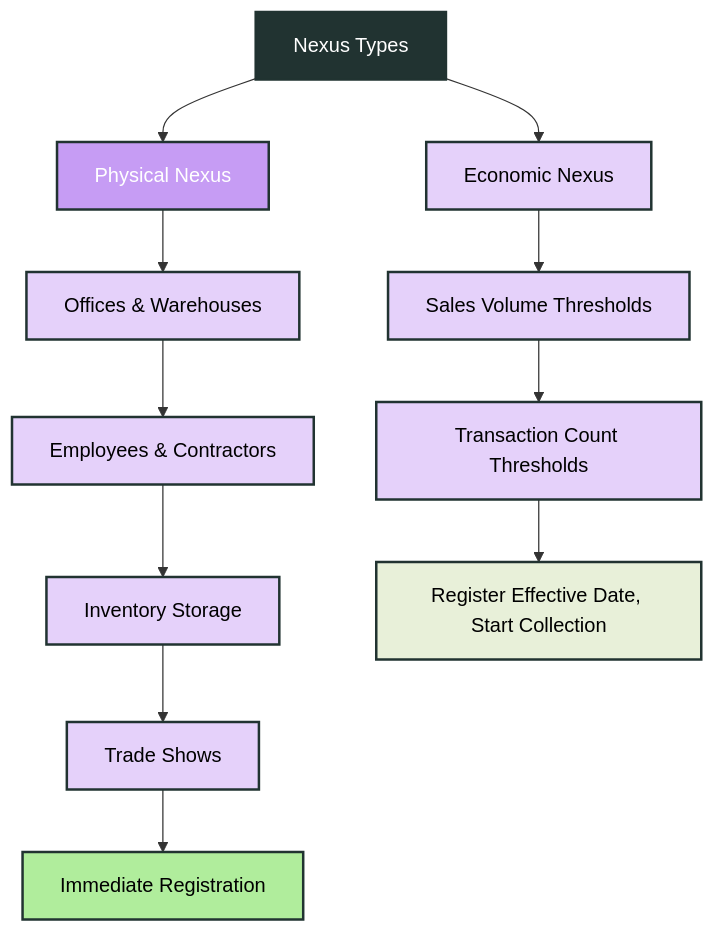
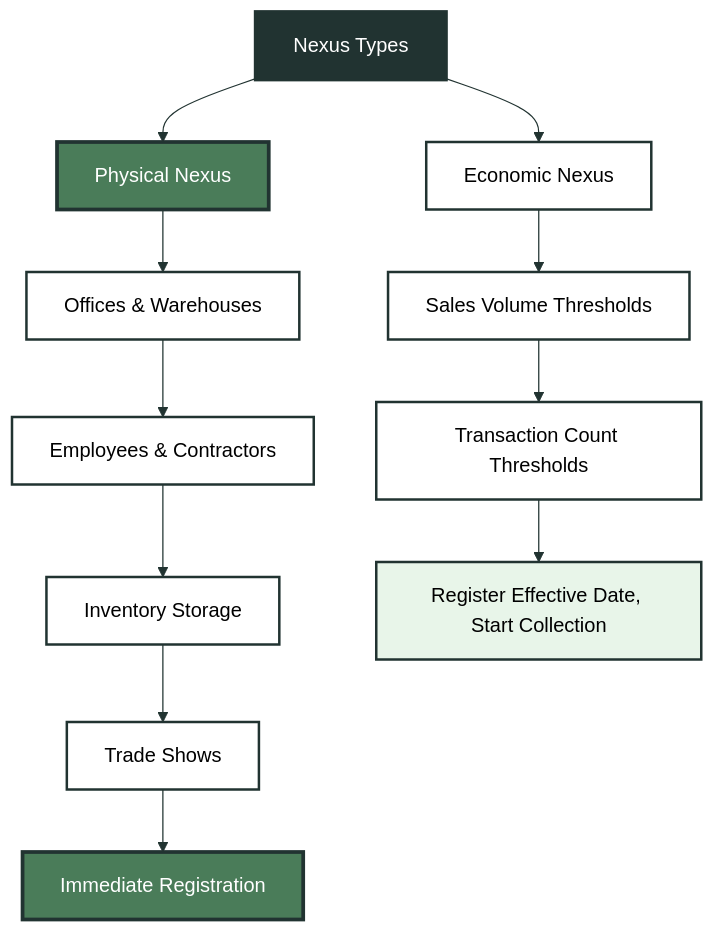
The second of 3 diagrams in docs/guides/sales-tax-for-developers.mdx (kintsugi-tax/docs-v2), drawn with Mermaid before and after one commit. The commit also changed other lines of this file and 6 other files, not shown here.

Commit message:
fix mermaid diagram appearance in dark mode

````diff
--- a/docs/guides/sales-tax-for-developers.mdx
+++ b/docs/guides/sales-tax-for-developers.mdx
@@ -106,26 +107,27 @@
 ```mermaid
+%%{init: {'theme':'base', 'themeVariables': {'primaryColor':'#FFFFFF','primaryTextColor':'#213331','primaryBorderColor':'#213331','lineColor':'#213331','secondaryColor':'#FFFFFF','tertiaryColor':'#213331','edgeLabelBackground':'transparent','edgeStrokeWidth':'2px','edgeStroke':'#213331','arrowheadColor':'#213331','clusterBkg':'transparent','clusterBorder':'#213331','defaultLinkColor':'#213331'}}}%%
 flowchart TD
     A[Nexus Types] --> B[Physical Nexus]
     B --> C[Offices & Warehouses]
     C --> D[Employees & Contractors]
     D --> E[Inventory Storage]
     E --> F[Trade Shows]
     F --> G[Immediate Registration]
     
     A --> H[Economic Nexus]
     H --> I[Sales Volume Thresholds]
     I --> J[Transaction Count Thresholds]
     J --> K[Register Effective Date, Start Collection]
     
-    style A fill:#213331,stroke:#213331,stroke-width:2px,color:#FFFFFF
-    style B fill:#C69CF4,stroke:#213331,stroke-width:2px,color:#FFFFFF
-    style C fill:#E5D1FA,stroke:#213331,stroke-width:2px,color:#000000
-    style D fill:#E5D1FA,stroke:#213331,stroke-width:2px,color:#000000
-    style E fill:#E5D1FA,stroke:#213331,stroke-width:2px,color:#000000
-    style F fill:#E5D1FA,stroke:#213331,stroke-width:2px,color:#000000
-    style G fill:#B0ED9C,stroke:#213331,stroke-width:2px,color:#000000
-    style H fill:#E5D1FA,stroke:#213331,stroke-width:2px,color:#000000
-    style I fill:#E5D1FA,stroke:#213331,stroke-width:2px,color:#000000
-    style J fill:#E5D1FA,stroke:#213331,stroke-width:2px,color:#000000
-    style K fill:#E8F0D9,stroke:#213331,stroke-width:2px,color:#000000
+    style A fill:#213331,stroke:#213331,stroke-width:3px,color:#FFFFFF
+    style B fill:#4a7c59,stroke:#213331,stroke-width:3px,color:#FFFFFF
+    style C fill:#FFFFFF,stroke:#213331,stroke-width:2px,color:#000000
+    style D fill:#FFFFFF,stroke:#213331,stroke-width:2px,color:#000000
+    style E fill:#FFFFFF,stroke:#213331,stroke-width:2px,color:#000000
+    style F fill:#FFFFFF,stroke:#213331,stroke-width:2px,color:#000000
+    style G fill:#4a7c59,stroke:#213331,stroke-width:3px,color:#FFFFFF
+    style H fill:#FFFFFF,stroke:#213331,stroke-width:2px,color:#000000
+    style I fill:#FFFFFF,stroke:#213331,stroke-width:2px,color:#000000
+    style J fill:#FFFFFF,stroke:#213331,stroke-width:2px,color:#000000
+    style K fill:#e8f5e9,stroke:#213331,stroke-width:2px,color:#000000
 ```
````
